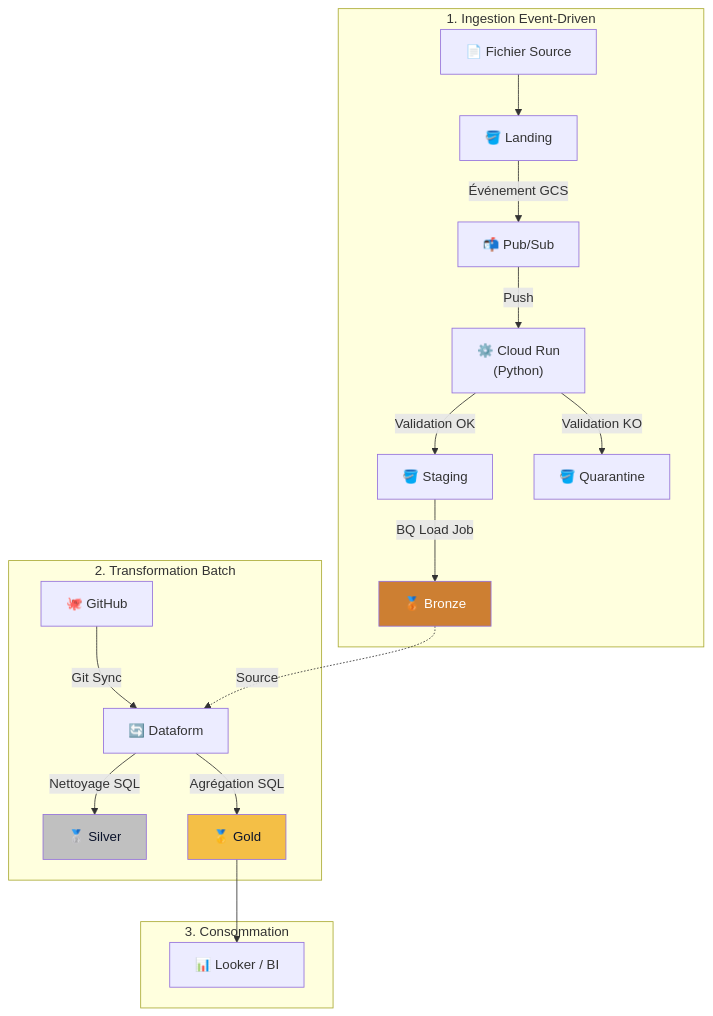
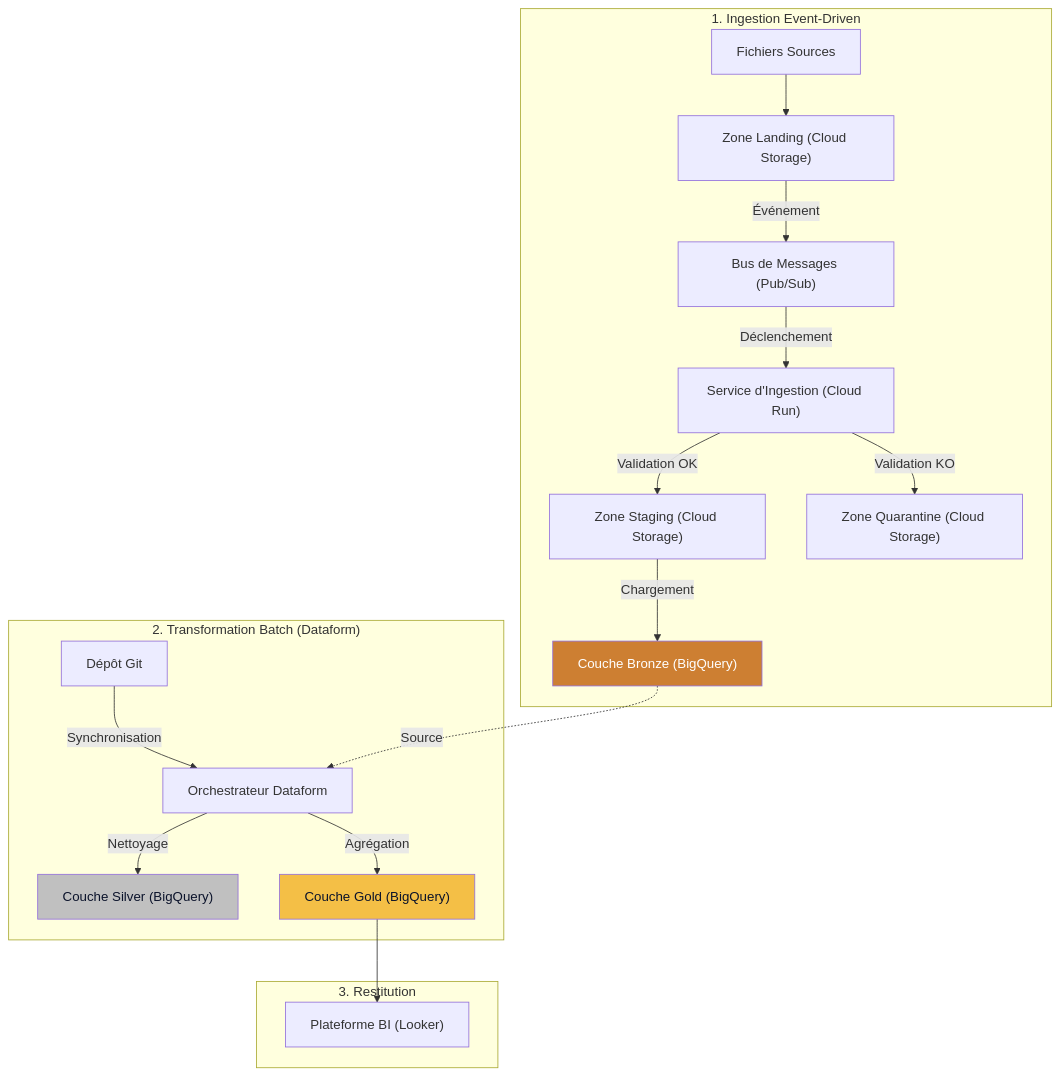
The third of 5 diagrams in docs/ATELIER_01_ARCHITECTURE.md (maxencenho-cloud/data-platform-runbook), drawn with Mermaid before and after one commit. The commit also changed other lines of this file and 1 other file, not shown here.

Commit message:
docs: update architecture documentation and add support for data ingestion specifications

````diff
--- a/docs/ATELIER_01_ARCHITECTURE.md
+++ b/docs/ATELIER_01_ARCHITECTURE.md
@@ -138,26 +118,26 @@
 ```mermaid
 graph TB
     subgraph "1. Ingestion Event-Driven"
-        SRC["📄 Fichier Source"] --> LAND["🪣 Landing"]
-        LAND -->|"Événement GCS"| PS["📬 Pub/Sub"]
-        PS -->|"Push"| CR["⚙️ Cloud Run<br/>(Python)"]
-        CR -->|"Validation OK"| STG["🪣 Staging"]
-        STG -->|"BQ Load Job"| BRZ["🥉 Bronze"]
-        CR -->|"Validation KO"| QUA["🪣 Quarantine"]
+        SRC["Fichiers Sources"] --> LAND["Zone Landing (Cloud Storage)"]
+        LAND -->|"Événement"| PS["Bus de Messages (Pub/Sub)"]
+        PS -->|"Déclenchement"| CR["Service d'Ingestion (Cloud Run)"]
+        CR -->|"Validation OK"| STG["Zone Staging (Cloud Storage)"]
+        STG -->|"Chargement"| BRZ["Couche Bronze (BigQuery)"]
+        CR -->|"Validation KO"| QUA["Zone Quarantine (Cloud Storage)"]
     end
     
-    subgraph "2. Transformation Batch"
-        GIT["🐙 GitHub"] -->|"Git Sync"| DF["🔄 Dataform"]
-        DF -->|"Nettoyage SQL"| SLV["🥈 Silver"]
-        DF -->|"Agrégation SQL"| GLD["🥇 Gold"]
+    subgraph "2. Transformation Batch (Dataform)"
+        GIT["Dépôt Git"] -->|"Synchronisation"| DF["Orchestrateur Dataform"]
+        DF -->|"Nettoyage"| SLV["Couche Silver (BigQuery)"]
+        DF -->|"Agrégation"| GLD["Couche Gold (BigQuery)"]
         BRZ -.->|"Source"| DF
     end
     
-    subgraph "3. Consommation"
-        GLD --> VIZ["📊 Looker / BI"]
+    subgraph "3. Restitution"
+        GLD --> VIZ["Plateforme BI (Looker)"]
     end
     
     style BRZ fill:#cd7f32,color:#fff
     style SLV fill:#c0c0c0,color:#0b132b
     style GLD fill:#F4BF46,color:#0b132b
 ```
````
